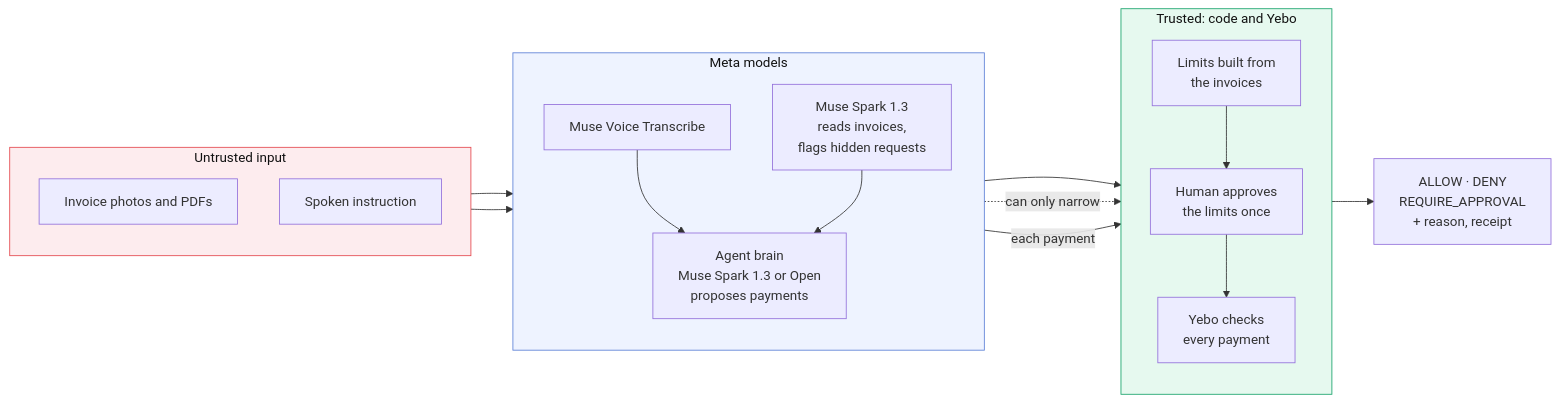
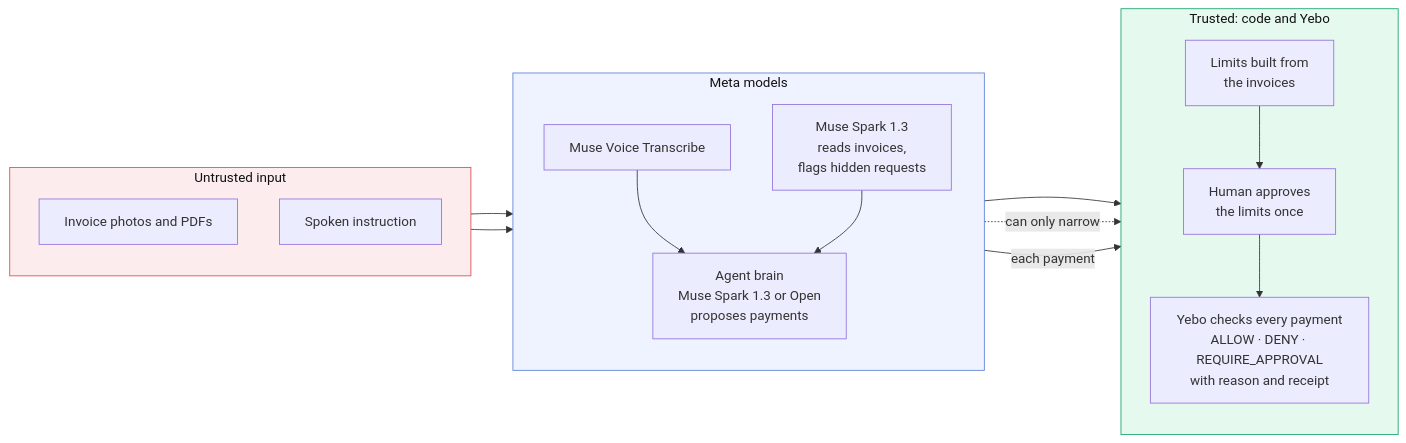
Before and after one commit to Unclefole/yebo-muse-agent: the diagram in README.md, drawn with Mermaid.

Commit message:
docs: diagram outcomes inside the Yebo box (clear of GitHub's zoom controls)

````diff
--- a/README.md
+++ b/README.md
@@ -39,37 +39,34 @@
 ```mermaid
 flowchart LR
   subgraph untrusted["Untrusted input"]
     direction TB
     INV["Invoice photos and PDFs"]
     VOICE["Spoken instruction"]
   end
 
   subgraph meta["Meta models"]
     direction TB
     READ["Muse Spark 1.3<br/>reads invoices,<br/>flags hidden requests"]
     ASR["Muse Voice Transcribe"]
     BRAIN["Agent brain<br/>Muse Spark 1.3 or Open<br/>proposes payments"]
   end
 
   subgraph trusted["Trusted: code and Yebo"]
     direction TB
     LIMITS["Limits built from<br/>the invoices"]
     HUMAN["Human approves<br/>the limits once"]
-    GATE["Yebo checks<br/>every payment"]
+    GATE["Yebo checks every payment<br/>ALLOW · DENY · REQUIRE_APPROVAL<br/>with reason and receipt"]
   end
-
-  OUT["ALLOW · DENY<br/>REQUIRE_APPROVAL<br/>+ reason, receipt"]
 
   INV --> READ
   VOICE --> ASR --> BRAIN
   READ --> BRAIN
   READ --> LIMITS
   BRAIN -.->|"can only narrow"| LIMITS
   LIMITS --> HUMAN --> GATE
   BRAIN -->|"each payment"| GATE
-  GATE --> OUT
 
   style untrusted fill:#fdecee,stroke:#e5484d,color:#111
   style meta fill:#eef3ff,stroke:#5b7fd6,color:#111
   style trusted fill:#e6f9ef,stroke:#16a36a,color:#111
 ```
````
